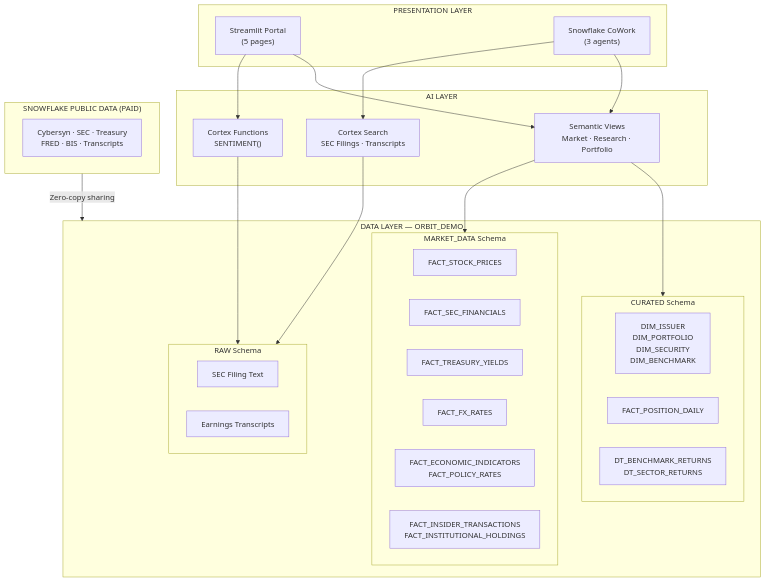
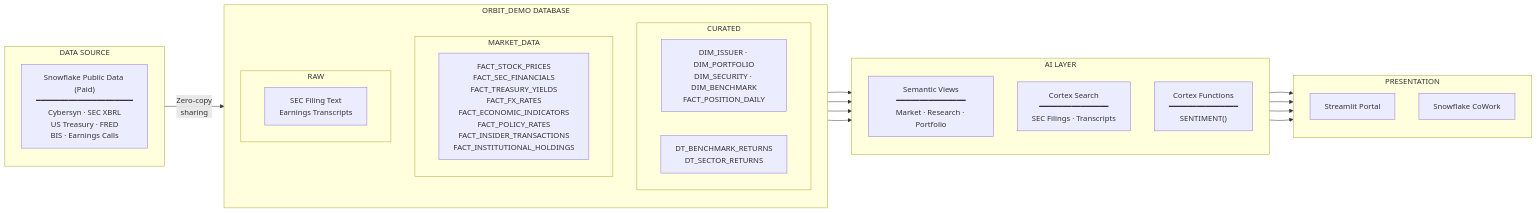
The diagram in docs/ARCHITECTURE.md (gemmamcginlay-sf/orbit-investment-intelligence), drawn with Mermaid before and after one commit. The commit also changed 1 other file, not shown here.

````diff
--- a/docs/ARCHITECTURE.md
+++ b/docs/ARCHITECTURE.md
@@ -7,47 +7,48 @@
 ```mermaid
-graph TB
-    subgraph Presentation["PRESENTATION LAYER"]
-        Portal["Streamlit Portal<br/>(5 pages)"]
-        CoWork["Snowflake CoWork<br/>(3 agents)"]
+graph LR
+    %% Source
+    subgraph Source["DATA SOURCE"]
+        Paid["Snowflake Public Data (Paid)<br/>━━━━━━━━━━━━━━━━━━━━━<br/>Cybersyn · SEC XBRL<br/>US Treasury · FRED<br/>BIS · Earnings Calls"]
     end
 
-    subgraph AI["AI LAYER"]
-        SV["Semantic Views<br/>Market · Research · Portfolio"]
-        CS["Cortex Search<br/>SEC Filings · Transcripts"]
-        CF["Cortex Functions<br/>SENTIMENT()"]
-    end
-
-    subgraph Data["DATA LAYER — ORBIT_DEMO"]
-        subgraph Curated["CURATED Schema"]
-            DIM["DIM_ISSUER<br/>DIM_PORTFOLIO<br/>DIM_SECURITY<br/>DIM_BENCHMARK"]
-            POS["FACT_POSITION_DAILY"]
+    %% Data Layer
+    subgraph Data["ORBIT_DEMO DATABASE"]
+        direction TB
+        subgraph Curated["CURATED"]
+            DIM["DIM_ISSUER · DIM_PORTFOLIO<br/>DIM_SECURITY · DIM_BENCHMARK<br/>FACT_POSITION_DAILY"]
             DT["DT_BENCHMARK_RETURNS<br/>DT_SECTOR_RETURNS"]
         end
-        subgraph Market["MARKET_DATA Schema"]
-            Prices["FACT_STOCK_PRICES"]
-            Fin["FACT_SEC_FINANCIALS"]
-            Yields["FACT_TREASURY_YIELDS"]
-            FX["FACT_FX_RATES"]
-            Econ["FACT_ECONOMIC_INDICATORS<br/>FACT_POLICY_RATES"]
-            Other["FACT_INSIDER_TRANSACTIONS<br/>FACT_INSTITUTIONAL_HOLDINGS"]
+        subgraph Market["MARKET_DATA"]
+            Facts["FACT_STOCK_PRICES<br/>FACT_SEC_FINANCIALS<br/>FACT_TREASURY_YIELDS<br/>FACT_FX_RATES<br/>FACT_ECONOMIC_INDICATORS<br/>FACT_POLICY_RATES<br/>FACT_INSIDER_TRANSACTIONS<br/>FACT_INSTITUTIONAL_HOLDINGS"]
         end
-        subgraph Raw["RAW Schema"]
-            Filings["SEC Filing Text"]
-            Trans["Earnings Transcripts"]
+        subgraph Raw["RAW"]
+            Corpus["SEC Filing Text<br/>Earnings Transcripts"]
         end
     end
 
-    subgraph Source["SNOWFLAKE PUBLIC DATA (PAID)"]
-        Paid["Cybersyn · SEC · Treasury<br/>FRED · BIS · Transcripts"]
+    %% AI Layer
+    subgraph AI["AI LAYER"]
+        direction TB
+        SV["Semantic Views<br/>━━━━━━━━━━━━━━━<br/>Market · Research · Portfolio"]
+        Search["Cortex Search<br/>━━━━━━━━━━━━━━━<br/>SEC Filings · Transcripts"]
+        Fn["Cortex Functions<br/>━━━━━━━━━━━━━━━<br/>SENTIMENT()"]
     end
 
-    Portal --> SV
-    Portal --> CF
-    CoWork --> SV
-    CoWork --> CS
-    SV --> Curated
-    SV --> Market
-    CS --> Raw
-    CF --> Raw
-    Source -->|"Zero-copy sharing"| Data
+    %% Presentation
+    subgraph Pres["PRESENTATION"]
+        direction TB
+        Portal["Streamlit Portal"]
+        CoWork["Snowflake CoWork"]
+    end
+
+    %% Connections
+    Source -->|"Zero-copy<br/>sharing"| Data
+    Curated --> SV
+    Market --> SV
+    Raw --> Search
+    Raw --> Fn
+    SV --> Portal
+    SV --> CoWork
+    Search --> CoWork
+    Fn --> Portal
 ```
````
